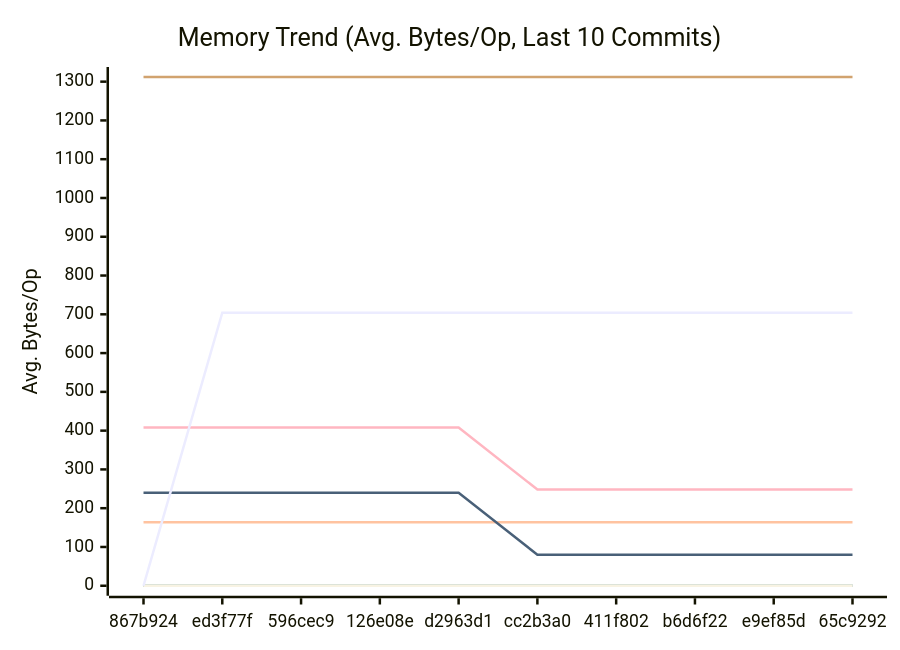
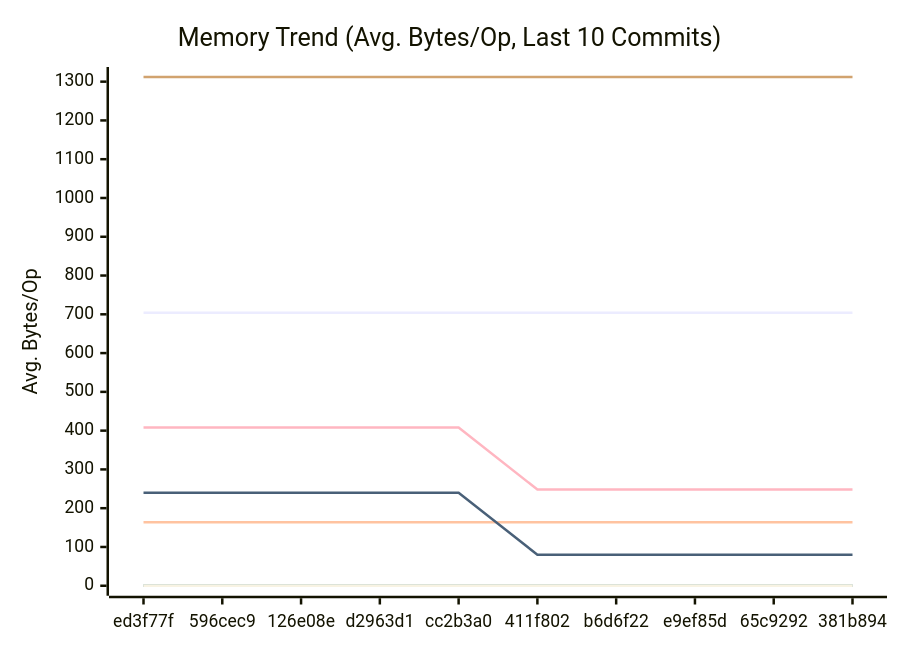
One commit to alsotoes/momo changed the second of 3 diagrams in docs/PERFORMANCE.md. Above: the diagram before and after it, drawn with Mermaid. The commit also changed other lines of this file and 2 other files, not shown here.

Commit message:
fix: log error when removing metadata for orphaned blob (#605)

````diff
--- a/docs/PERFORMANCE.md
+++ b/docs/PERFORMANCE.md
@@ -152,18 +152,18 @@
 ```mermaid
 xychart-beta
     title "Memory Trend (Avg. Bytes/Op, Last 10 Commits)"
     x-axis "Commit"
     y-axis "Avg. Bytes/Op"
-    x-axis [867b924,ed3f77f,596cec9,126e08e,d2963d1,cc2b3a0,411f802,b6d6f22,e9ef85d,65c9292]
+    x-axis [ed3f77f,596cec9,126e08e,d2963d1,cc2b3a0,411f802,b6d6f22,e9ef85d,65c9292,381b894]
     line "CheckMetricsAndSwap" [0,0,0,0,0,0,0,0,0,0]
     line "CrushOptimized" [0,0,0,0,0,0,0,0,0,0]
     line "CrushOriginal" [164,164,164,164,164,164,164,164,164,164]
     line "IndexDirectTracking" [0,0,0,0,0,0,0,0,0,0]
     line "IndexSearch" [0,0,0,0,0,0,0,0,0,0]
     line "LoadGlobalConfig" [1312,1312,1312,1312,1312,1312,1312,1312,1312,1312]
     line "PadString" [0,0,0,0,0,0,0,0,0,0]
     line "ParseReplicationOrder_NoPrealloc" [408,408,408,408,408,248,248,248,248,248]
     line "ParseReplicationOrder_Prealloc" [240,240,240,240,240,80,80,80,80,80]
     line "SanitizeLog/Safe" [0,0,0,0,0,0,0,0,0,0]
-    line "SanitizeLog/Unsafe" [0,704,704,704,704,704,704,704,704,704]
+    line "SanitizeLog/Unsafe" [704,704,704,704,704,704,704,704,704,704]
 ```
````
